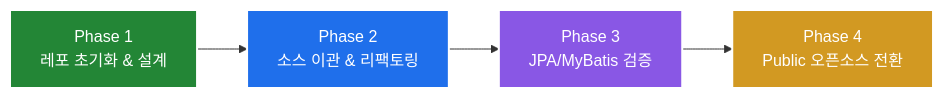
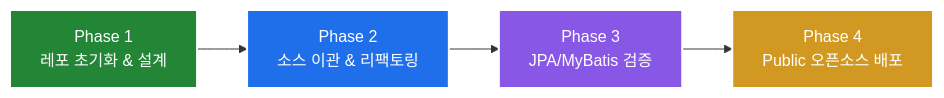
The diagram in README.md (sweetpark/mini-apm-spring-boot-starter), drawn with Mermaid before and after one commit. The commit also changed other lines of this file, not shown here.

````diff
--- a/README.md
+++ b/README.md
@@ -89,10 +137,10 @@
 ```mermaid
 graph LR
     P1["Phase 1<br/>레포 초기화 & 설계"] --> P2["Phase 2<br/>소스 이관 & 리팩토링"]
     P2 --> P3["Phase 3<br/>JPA/MyBatis 검증"]
-    P3 --> P4["Phase 4<br/>Public 오픈소스 전환"]
+    P3 --> P4["Phase 4<br/>Public 오픈소스 배포"]
     style P1 fill:#238636,stroke:#fff,stroke-width:2px,color:#fff
     style P2 fill:#1f6feb,stroke:#fff,stroke-width:2px,color:#fff
     style P3 fill:#8957e5,stroke:#fff,stroke-width:2px,color:#fff
     style P4 fill:#d29922,stroke:#fff,stroke-width:2px,color:#fff
 ```
````
